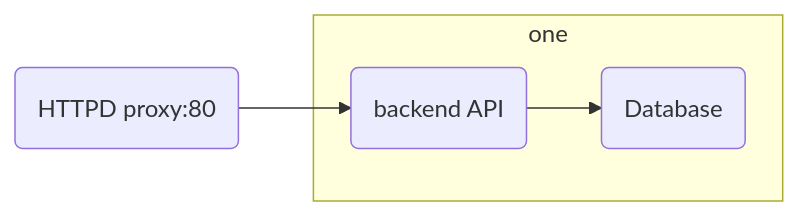
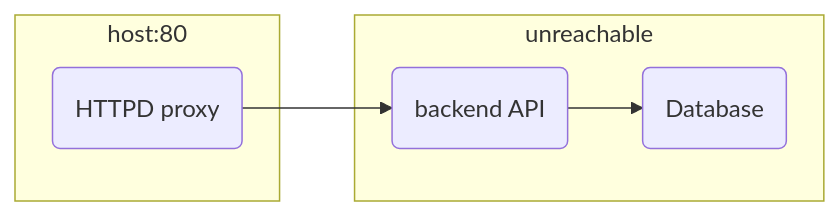
The diagram in README.md (R3C-0N/devops), drawn with Mermaid before and after one commit.

````diff
--- a/README.md
+++ b/README.md
@@ -223,10 +223,13 @@
 ```mermaid
 flowchart LR
-a(HTTPD proxy:80)
 
-subgraph one
+subgraph host:80
+a(HTTPD proxy)
+end
+
+subgraph unreachable
 b(backend API) --> c(Database)
 end
 
 a --> b
 ```
````
